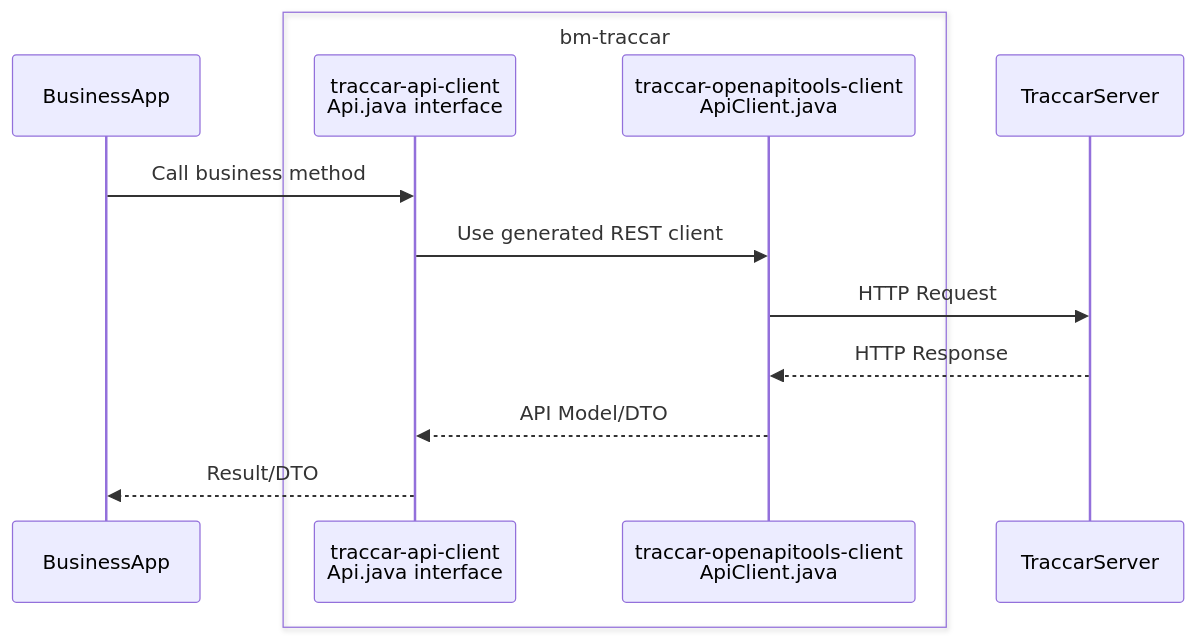
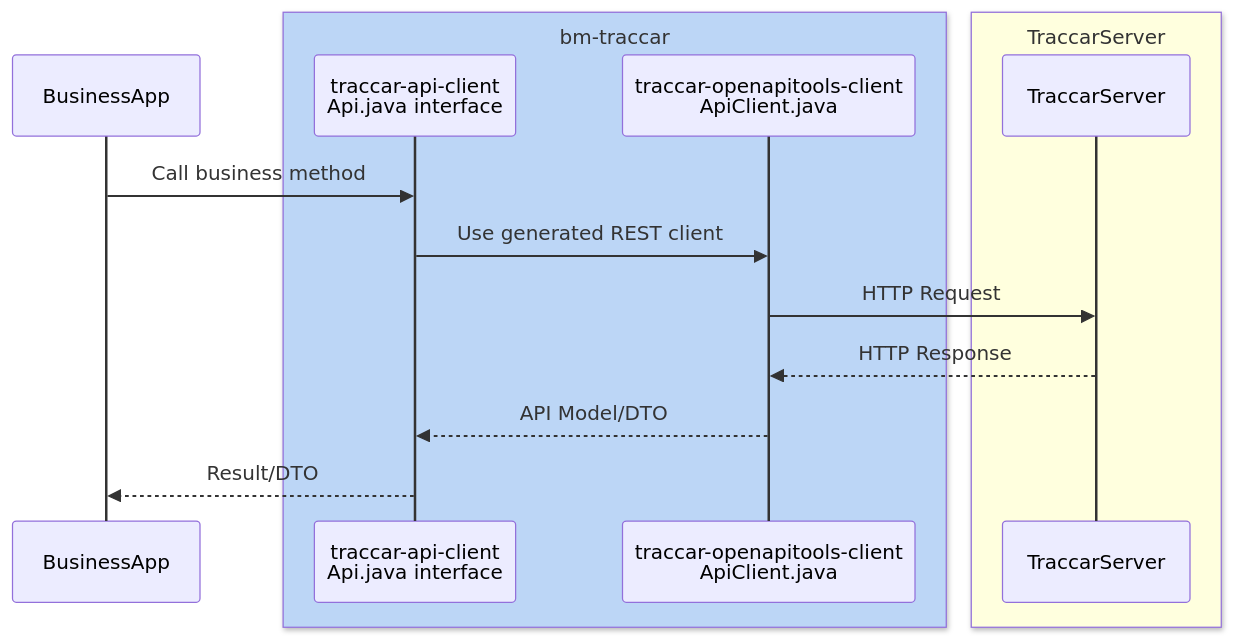
Before and after one commit to kbeigl/bm: the diagram in bm-traccar/traccar-api-client/src/asciidoc/architecture.adoc, drawn with Mermaid. The commit also changed 87 other files, not shown here.

```diff
--- a/bm-traccar/traccar-api-client/src/asciidoc/architecture.adoc
+++ b/bm-traccar/traccar-api-client/src/asciidoc/architecture.adoc
@@ -29,17 +29,20 @@
 [mermaid]
 ....
+%%{init: {'themeVariables': { 'sequenceNumberColor': '#000', 'actorLineColor': '#333' }}}%%
 sequenceDiagram
     participant BusinessApp
-    box bm-traccar
+    box rgb(188, 214, 246) bm-traccar
         participant ApiClient as traccar-api-client <br/> Api.java interface
         participant OpenApi as traccar-openapitools-client <br/> ApiClient.java
     end
-    participant TraccarServer
+    box rgb(255, 255, 222) TraccarServer
+        participant TraccarServer
+    end
 
     BusinessApp->>ApiClient: Call business method
     ApiClient->>OpenApi: Use generated REST client
     OpenApi->>TraccarServer: HTTP Request
     TraccarServer-->>OpenApi: HTTP Response
     OpenApi-->>ApiClient: API Model/DTO
     ApiClient-->>BusinessApp: Result/DTO
 ....
```
